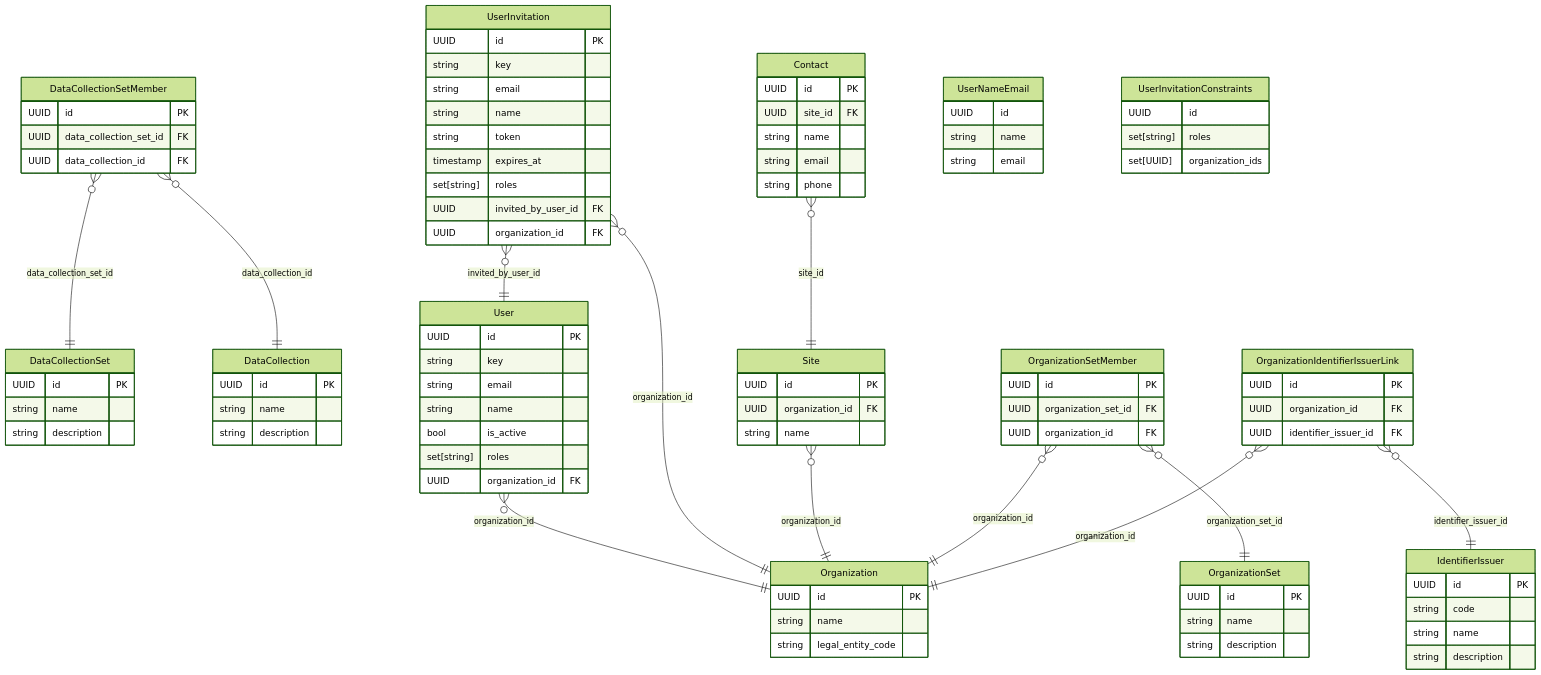
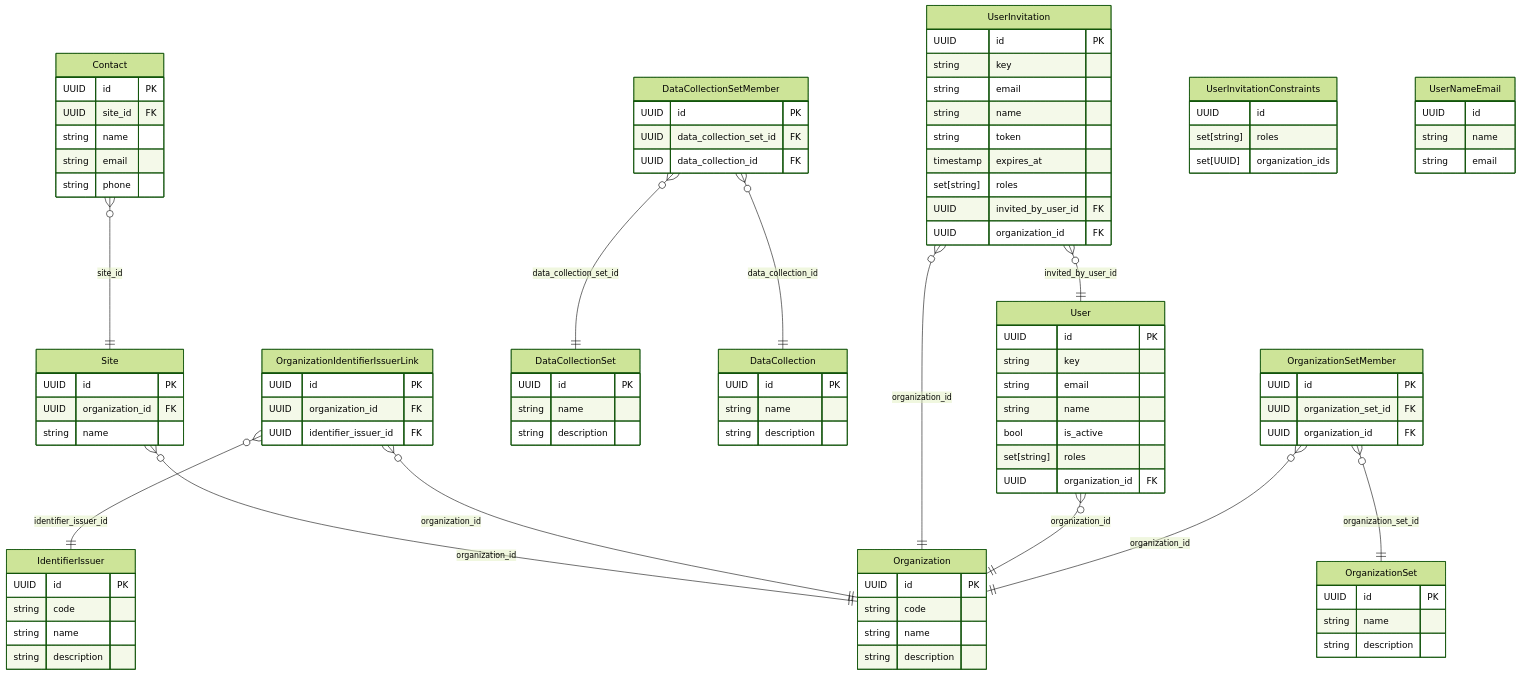
The diagram in docs/erm/commondb.organization.detailed.md (RIVM-bioinformatics/gen-epix-api), drawn with Mermaid (forest theme) before and after one commit. The commit also changed 158 other files, not shown here.

````diff
--- a/docs/erm/commondb.organization.detailed.md
+++ b/docs/erm/commondb.organization.detailed.md
@@ -7,19 +7,58 @@
     %% commondb / ORGANIZATION (detailed)
 
     %% Relationships
+    Site }o--|| Organization : "organization_id"
+    Contact }o--|| Site : "site_id"
+    OrganizationIdentifierIssuerLink }o--|| Organization : "organization_id"
+    OrganizationIdentifierIssuerLink }o--|| IdentifierIssuer : "identifier_issuer_id"
     DataCollectionSetMember }o--|| DataCollectionSet : "data_collection_set_id"
     DataCollectionSetMember }o--|| DataCollection : "data_collection_id"
-    Contact }o--|| Site : "site_id"
-    User }o--|| Organization : "organization_id"
     UserInvitation }o--|| Organization : "organization_id"
     UserInvitation }o--|| User : "invited_by_user_id"
-    Site }o--|| Organization : "organization_id"
+    User }o--|| Organization : "organization_id"
     OrganizationSetMember }o--|| OrganizationSet : "organization_set_id"
     OrganizationSetMember }o--|| Organization : "organization_id"
-    OrganizationIdentifierIssuerLink }o--|| Organization : "organization_id"
-    OrganizationIdentifierIssuerLink }o--|| IdentifierIssuer : "identifier_issuer_id"
 
     %% Entity definitions
+    Site {
+        UUID id PK
+        UUID organization_id FK
+        string name
+    }
+
+    Contact {
+        UUID id PK
+        UUID site_id FK
+        string name
+        string email
+        string phone
+    }
+
+    Organization {
+        UUID id PK
+        string code
+        string name
+        string description
+    }
+
+    OrganizationSet {
+        UUID id PK
+        string name
+        string description
+    }
+
+    OrganizationIdentifierIssuerLink {
+        UUID id PK
+        UUID organization_id FK
+        UUID identifier_issuer_id FK
+    }
+
+    UserInvitationConstraints {
+        UUID id
+        set[string] roles
+        set[UUID] organization_ids
+    }
+
     DataCollectionSetMember {
         UUID id PK
         UUID data_collection_set_id FK
@@ -30,36 +69,6 @@
         UUID id PK
         string name
         string description
-    }
-
-    OrganizationSet {
-        UUID id PK
-        string name
-        string description
-    }
-
-    DataCollection {
-        UUID id PK
-        string name
-        string description
-    }
-
-    Contact {
-        UUID id PK
-        UUID site_id FK
-        string name
-        string email
-        string phone
-    }
-
-    User {
-        UUID id PK
-        string key
-        string email
-        string name
-        bool is_active
-        set[string] roles
-        UUID organization_id FK
     }
 
     UserInvitation {
@@ -74,9 +83,8 @@
         UUID organization_id FK
     }
 
-    IdentifierIssuer {
+    DataCollection {
         UUID id PK
-        string code
         string name
         string description
     }
@@ -87,10 +95,14 @@
         string email
     }
 
-    Site {
+    User {
         UUID id PK
+        string key
+        string email
+        string name
+        bool is_active
+        set[string] roles
         UUID organization_id FK
-        string name
     }
 
     OrganizationSetMember {
@@ -99,22 +111,11 @@
         UUID organization_id FK
     }
 
-    Organization {
+    IdentifierIssuer {
         UUID id PK
+        string code
         string name
-        string legal_entity_code
-    }
-
-    OrganizationIdentifierIssuerLink {
-        UUID id PK
-        UUID organization_id FK
-        UUID identifier_issuer_id FK
-    }
-
-    UserInvitationConstraints {
-        UUID id
-        set[string] roles
-        set[UUID] organization_ids
+        string description
     }
 
 ```
````
